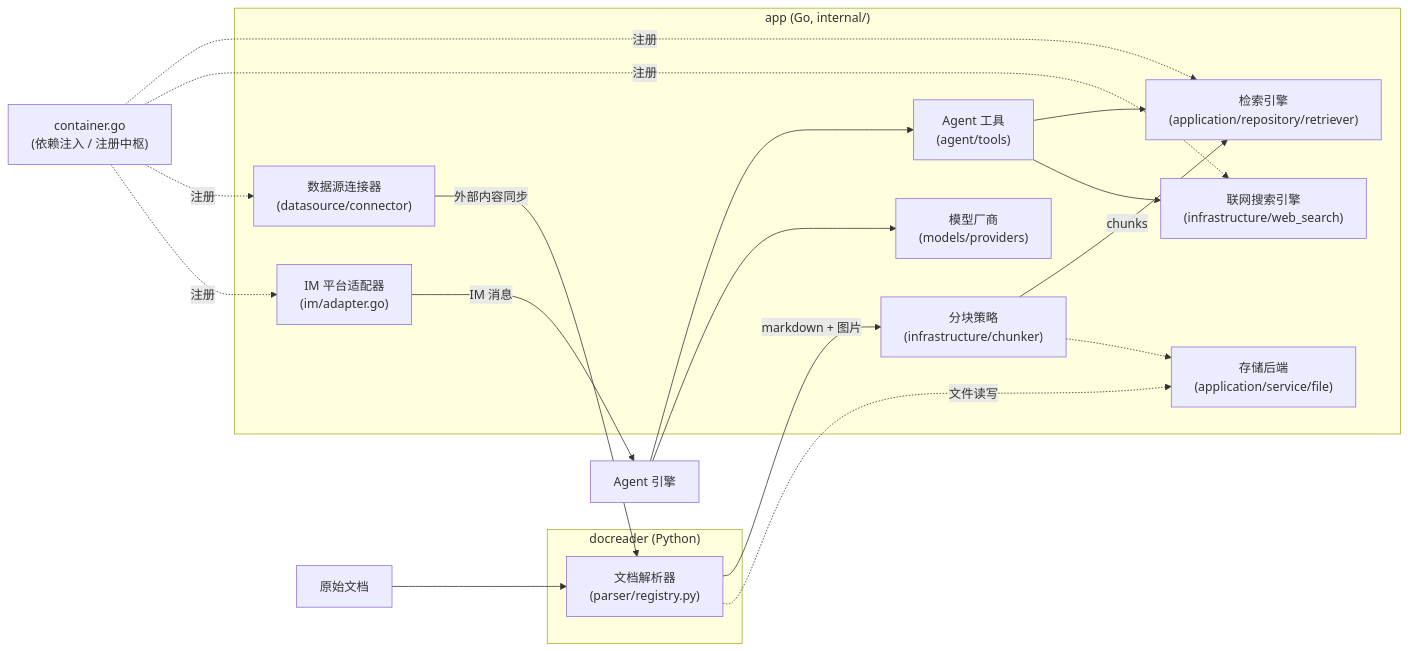
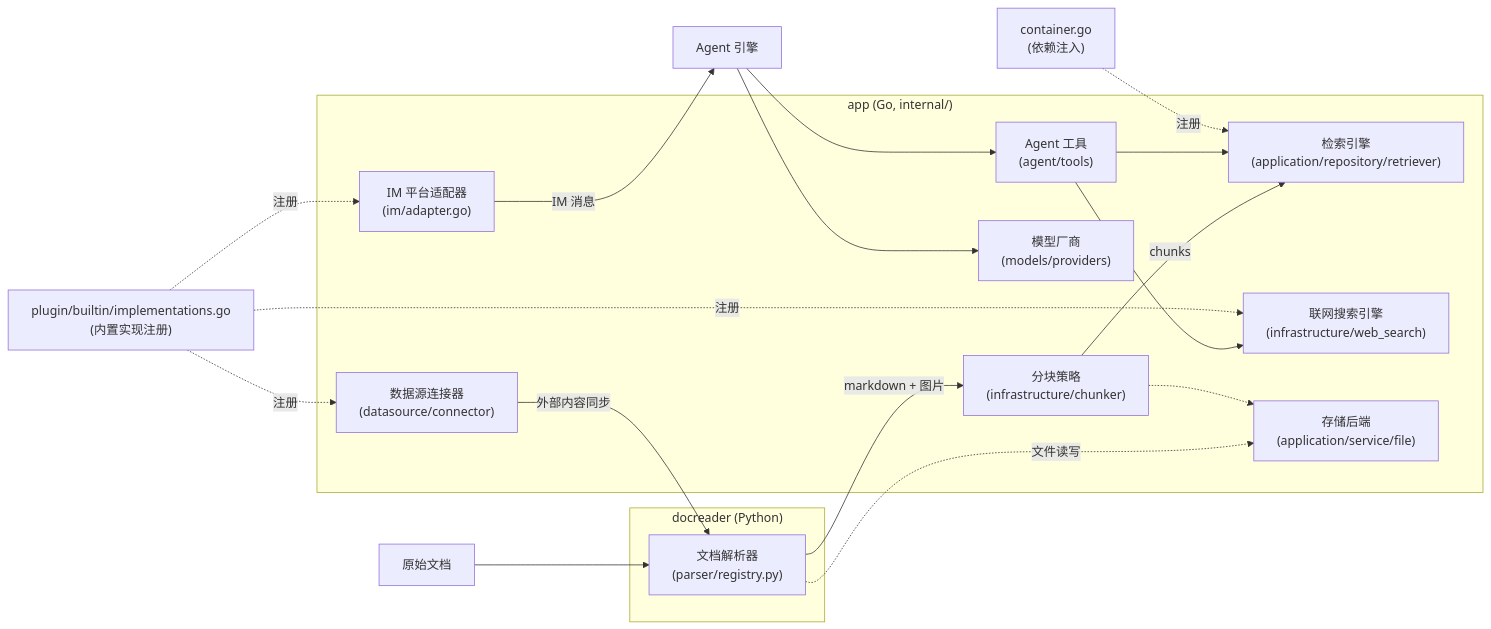
One commit to Tencent/WeKnora changed the diagram in website-docs/06-development/03-extension-points.md. Above: the diagram before and after it, drawn with Mermaid. The commit also changed other lines of this file and 5 other files, not shown here.

First line of the commit message:
docs: point builtin integration registration at the builtin plugin package

````diff
--- a/website-docs/06-development/03-extension-points.md
+++ b/website-docs/06-development/03-extension-points.md
@@ -7,31 +7,31 @@
 ```mermaid
 graph LR
     subgraph DR["docreader (Python)"]
         P1["文档解析器<br/>(parser/registry.py)"]
     end
     subgraph APP["app (Go, internal/)"]
         P2["分块策略<br/>(infrastructure/chunker)"]
         P3["检索引擎<br/>(application/repository/retriever)"]
         P4["模型厂商<br/>(models/providers)"]
         P5["联网搜索引擎<br/>(infrastructure/web_search)"]
         P6["数据源连接器<br/>(datasource/connector)"]
         P7["IM 平台适配器<br/>(im/adapter.go)"]
         P8["Agent 工具<br/>(agent/tools)"]
         P9["存储后端<br/>(application/service/file)"]
     end
     DOC["原始文档"] --> P1
     P1 -->|"markdown + 图片"| P2
     P2 -->|"chunks"| P3
     P6 -->|"外部内容同步"| P1
     P7 -->|"IM 消息"| AG["Agent 引擎"]
     AG --> P8
     P8 --> P3
     P8 --> P5
     AG --> P4
     P1 -.->|"文件读写"| P9
     P2 -.-> P9
-    CT["container.go<br/>(依赖注入 / 注册中枢)"] -.->|"注册"| P3
-    CT -.->|"注册"| P5
-    CT -.->|"注册"| P6
-    CT -.->|"注册"| P7
+    CT["container.go<br/>(依赖注入)"] -.->|"注册"| P3
+    BI["plugin/builtin/implementations.go<br/>(内置实现注册)"] -.->|"注册"| P5
+    BI -.->|"注册"| P6
+    BI -.->|"注册"| P7
 ```
````
